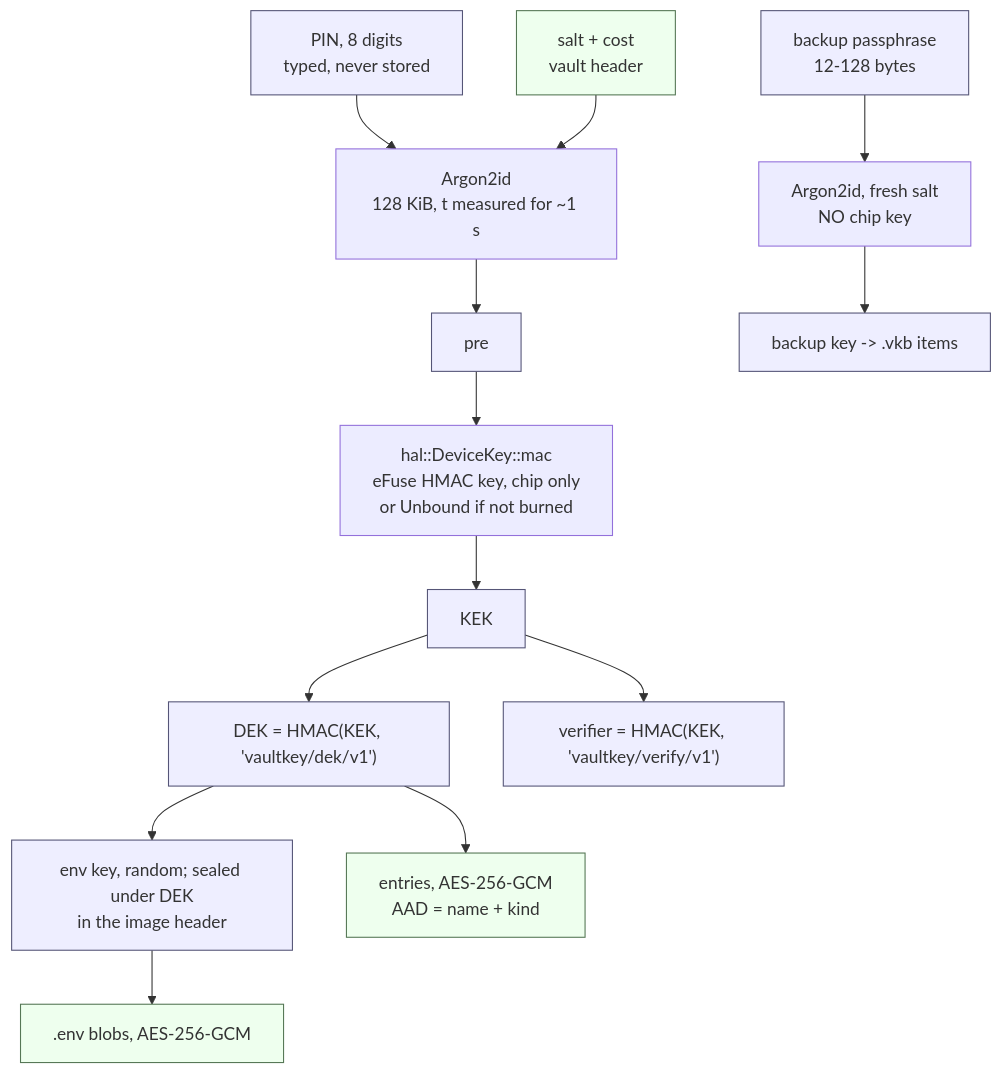
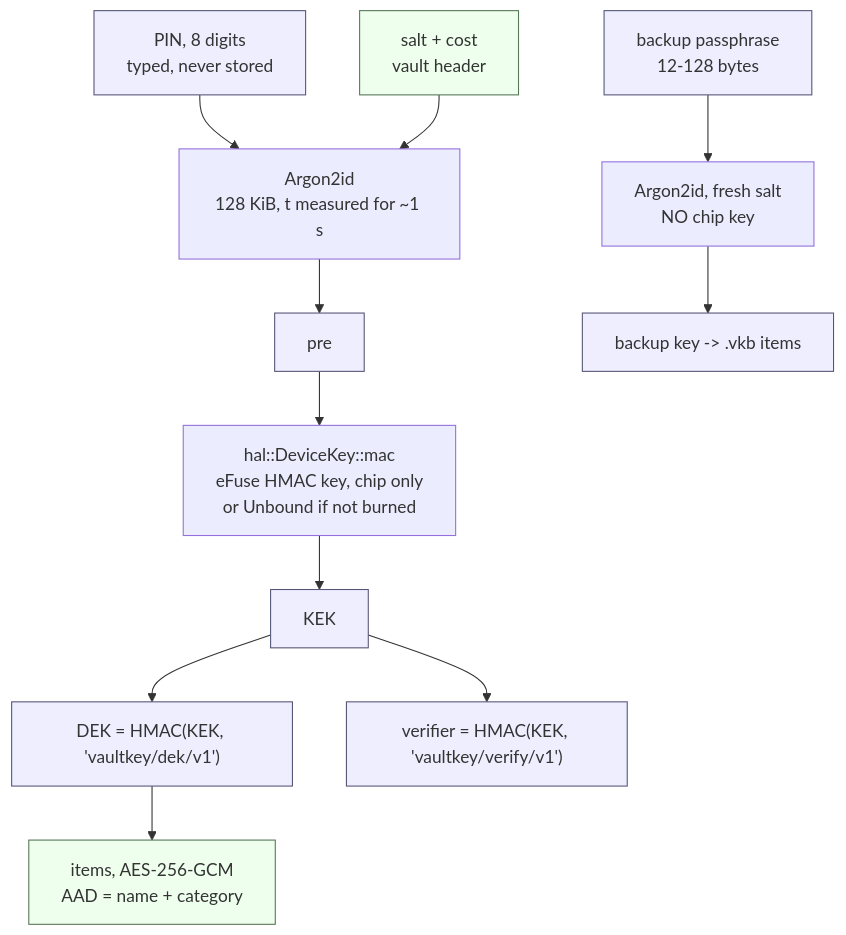
Before and after one commit to vaulttec-dev/vaulttec-key: the diagram in docs/threat-model.md, drawn with Mermaid. The commit also changed other lines of this file and 22 other files, not shown here.

````diff
--- a/docs/threat-model.md
+++ b/docs/threat-model.md
@@ -29,20 +30,18 @@
 ```mermaid
 flowchart TD
   PIN["PIN, 8 digits<br/>typed, never stored"] --> A
   SALT["salt + cost<br/>vault header"] --> A
   A["Argon2id<br/>128 KiB, t measured for ~1 s"] --> PRE["pre"]
   PRE --> DK["hal::DeviceKey::mac<br/>eFuse HMAC key, chip only<br/>or Unbound if not burned"]
   DK --> KEK["KEK"]
   KEK --> DEK["DEK = HMAC(KEK, 'vaultkey/dek/v1')"]
   KEK --> VER["verifier = HMAC(KEK, 'vaultkey/verify/v1')"]
-  DEK --> ENV["env key, random; sealed under DEK<br/>in the image header"]
-  DEK --> ENTRIES["entries, AES-256-GCM<br/>AAD = name + kind"]
-  ENV --> BLOBS[".env blobs, AES-256-GCM"]
+  DEK --> ITEMS["items, AES-256-GCM<br/>AAD = name + category"]
   PASS["backup passphrase<br/>12-128 bytes"] --> BA["Argon2id, fresh salt<br/>NO chip key"]
   BA --> BK["backup key -> .vkb items"]
 
   classDef ram fill:#eef,stroke:#557;
   classDef nvm fill:#efe,stroke:#575;
-  class PIN,PRE,KEK,DEK,VER,ENV,BK,PASS ram
-  class SALT,ENTRIES,BLOBS nvm
+  class PIN,PRE,KEK,DEK,VER,BK,PASS ram
+  class SALT,ITEMS nvm
 ```
````
